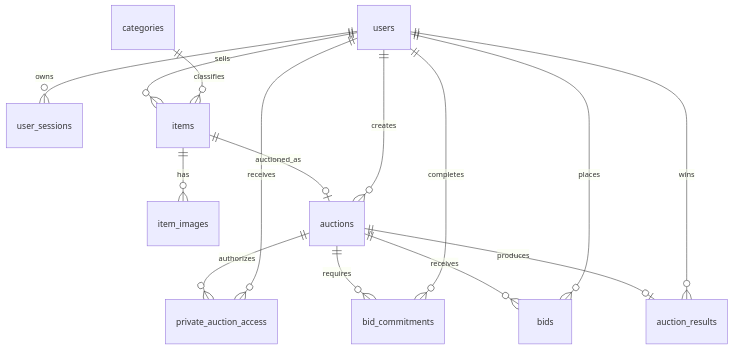
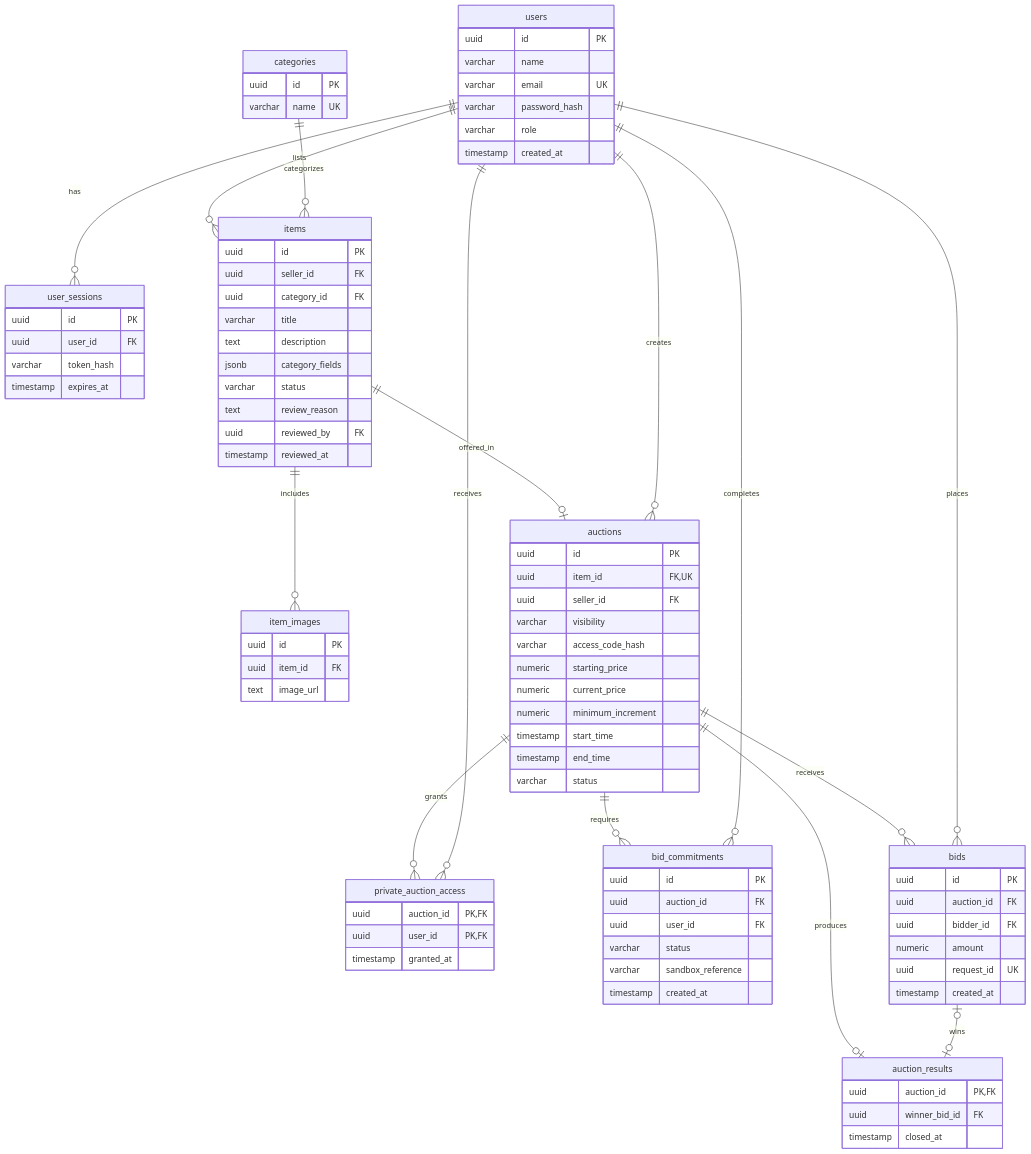
The third of 8 diagrams in Stage_3/Report.MD (Abeerr0/mezyad), drawn with Mermaid before and after one commit. The commit also changed other lines of this file, not shown here.

Commit message:
docs: restore original user story table and expand database ERD

````diff
--- a/Stage_3/Report.MD
+++ b/Stage_3/Report.MD
@@ -171,17 +176,101 @@
 ```mermaid
 erDiagram
-  users ||--o{ user_sessions : owns
-  users ||--o{ items : sells
-  categories ||--o{ items : classifies
-  items ||--o{ item_images : has
-  items ||--o| auctions : auctioned_as
-  users ||--o{ auctions : creates
-  auctions ||--o{ private_auction_access : authorizes
-  users ||--o{ private_auction_access : receives
-  auctions ||--o{ bid_commitments : requires
-  users ||--o{ bid_commitments : completes
-  auctions ||--o{ bids : receives
-  users ||--o{ bids : places
-  auctions ||--o| auction_results : produces
-  users ||--o{ auction_results : wins
+    users {
+        uuid id PK
+        varchar name
+        varchar email UK
+        varchar password_hash
+        varchar role
+        timestamp created_at
+    }
+
+    user_sessions {
+        uuid id PK
+        uuid user_id FK
+        varchar token_hash
+        timestamp expires_at
+    }
+
+    categories {
+        uuid id PK
+        varchar name UK
+    }
+
+    items {
+        uuid id PK
+        uuid seller_id FK
+        uuid category_id FK
+        varchar title
+        text description
+        jsonb category_fields
+        varchar status
+        text review_reason
+        uuid reviewed_by FK
+        timestamp reviewed_at
+    }
+
+    item_images {
+        uuid id PK
+        uuid item_id FK
+        text image_url
+    }
+
+    auctions {
+        uuid id PK
+        uuid item_id FK,UK
+        uuid seller_id FK
+        varchar visibility
+        varchar access_code_hash
+        numeric starting_price
+        numeric current_price
+        numeric minimum_increment
+        timestamp start_time
+        timestamp end_time
+        varchar status
+    }
+
+    private_auction_access {
+        uuid auction_id PK,FK
+        uuid user_id PK,FK
+        timestamp granted_at
+    }
+
+    bid_commitments {
+        uuid id PK
+        uuid auction_id FK
+        uuid user_id FK
+        varchar status
+        varchar sandbox_reference
+        timestamp created_at
+    }
+
+    bids {
+        uuid id PK
+        uuid auction_id FK
+        uuid bidder_id FK
+        numeric amount
+        uuid request_id UK
+        timestamp created_at
+    }
+
+    auction_results {
+        uuid auction_id PK,FK
+        uuid winner_bid_id FK
+        timestamp closed_at
+    }
+
+    users ||--o{ user_sessions : has
+    users ||--o{ items : lists
+    categories ||--o{ items : categorizes
+    items ||--o{ item_images : includes
+    items ||--o| auctions : offered_in
+    users ||--o{ auctions : creates
+    auctions ||--o{ private_auction_access : grants
+    users ||--o{ private_auction_access : receives
+    auctions ||--o{ bid_commitments : requires
+    users ||--o{ bid_commitments : completes
+    auctions ||--o{ bids : receives
+    users ||--o{ bids : places
+    auctions ||--o| auction_results : produces
+    bids |o--o| auction_results : wins
 ```
````
